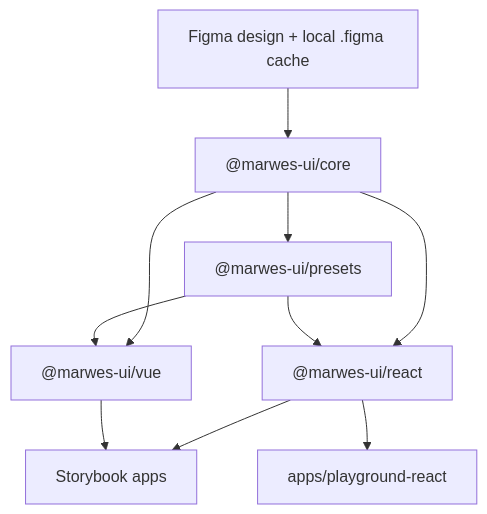
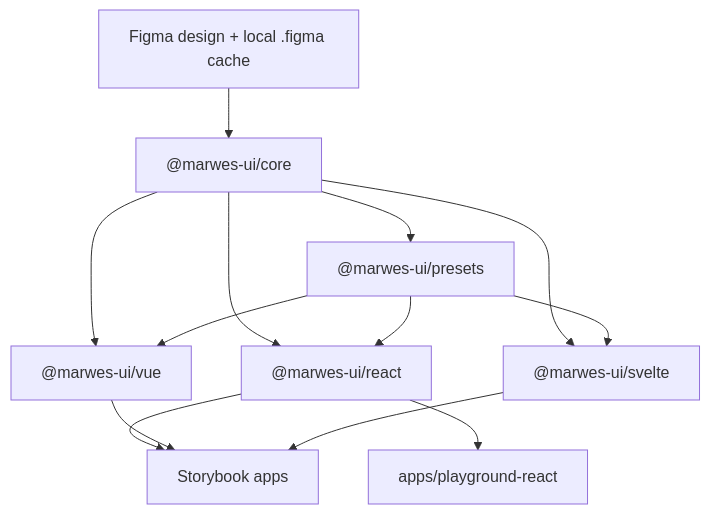
Before and after one commit to niklas-westman/marwes: the first of 5 diagrams in docs/reference/architecture.md, drawn with Mermaid. The commit also changed other lines of this file and 947 other files, not shown here.

````diff
--- a/docs/reference/architecture.md
+++ b/docs/reference/architecture.md
@@ -13,20 +13,24 @@
 ```mermaid
 graph TD
   Design["Figma design + local .figma cache"]
   Core["@marwes-ui/core"]
   Presets["@marwes-ui/presets"]
   React["@marwes-ui/react"]
   Vue["@marwes-ui/vue"]
+  Svelte["@marwes-ui/svelte"]
   Storybook["Storybook apps"]
   Playground["apps/playground-react"]
 
   Design --> Core
   Core --> Presets
   Core --> React
   Core --> Vue
+  Core --> Svelte
   Presets --> React
   Presets --> Vue
+  Presets --> Svelte
   React --> Storybook
   Vue --> Storybook
+  Svelte --> Storybook
   React --> Playground
 ```
````
